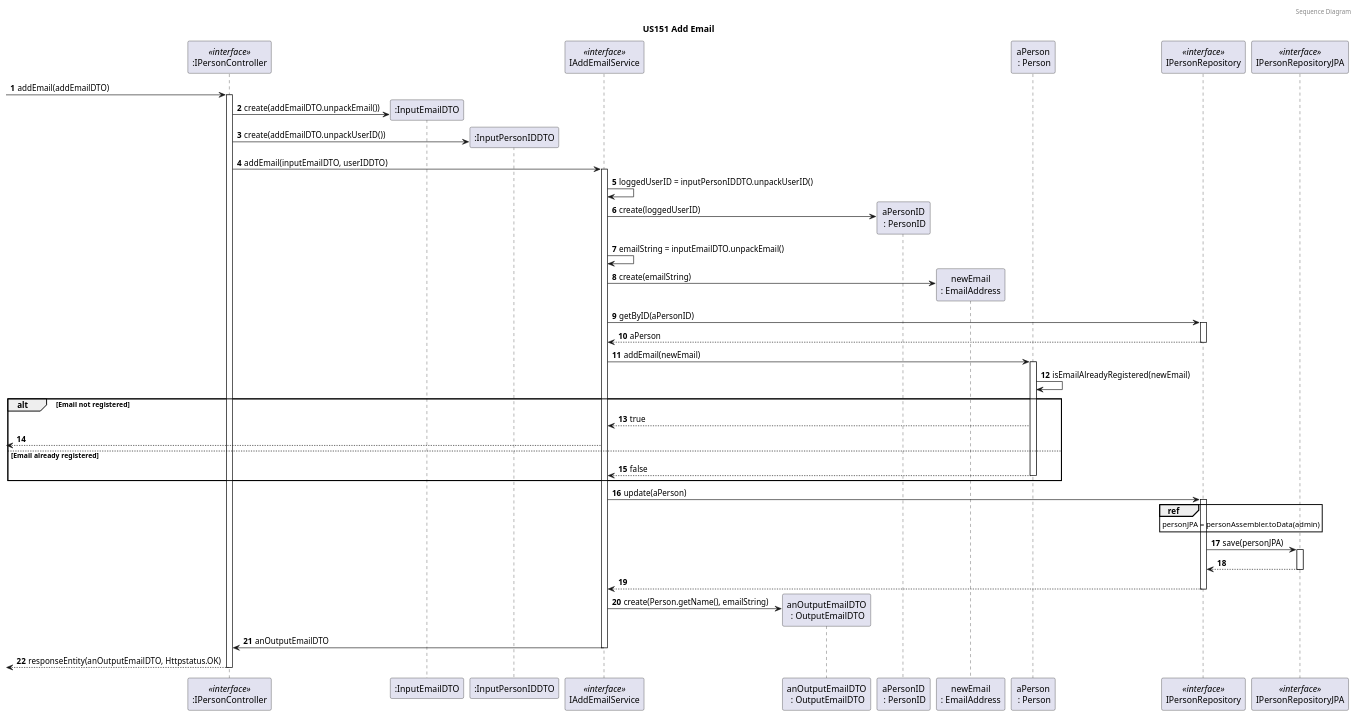
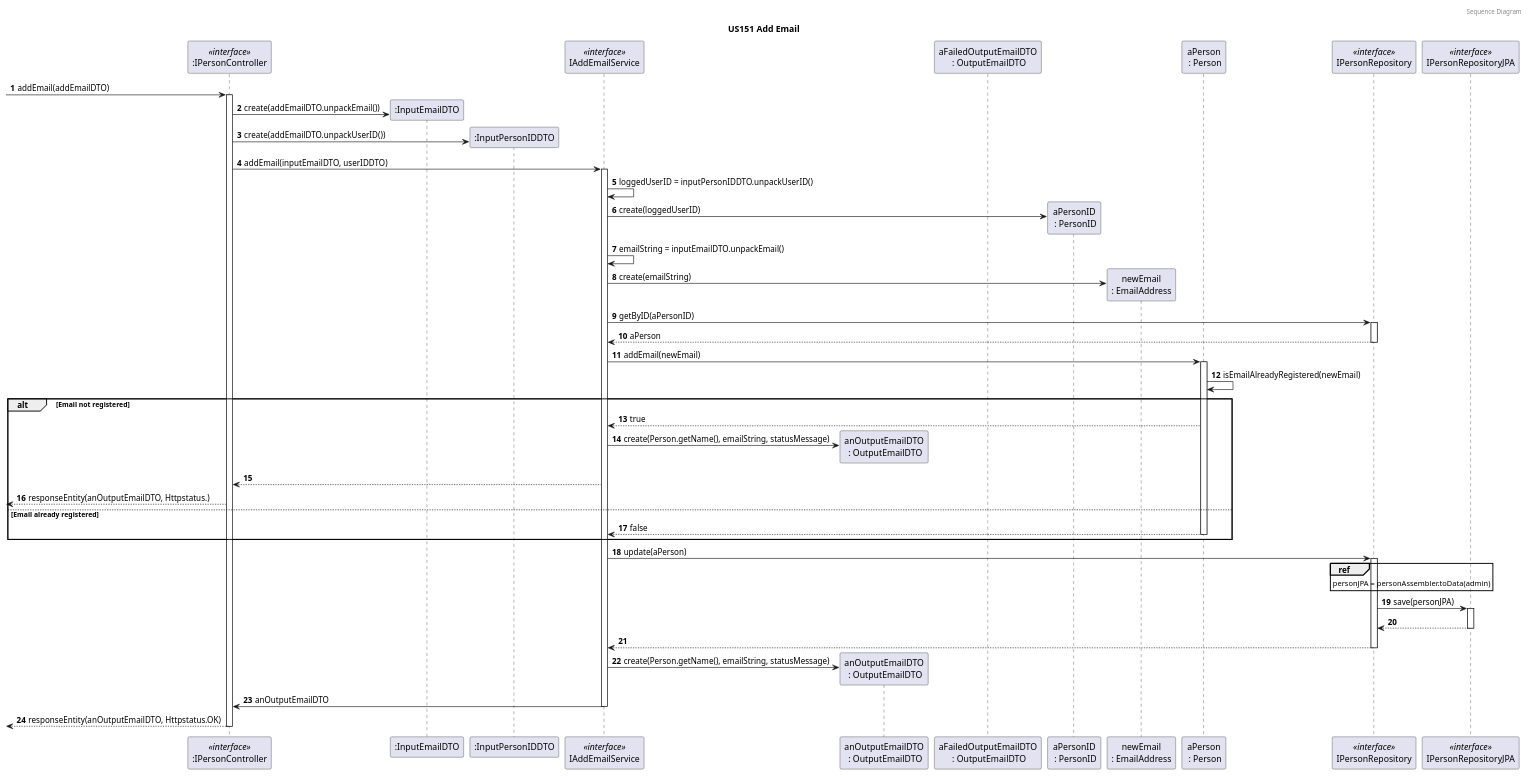
Before and after one commit to tomas-osswald/switch_2020_g3: the fourth of 4 diagrams in docs/sprint5/user_stories/US151_AddEmail.md, drawn with PlantUML. The commit also changed 2 other files, not shown here.

Commit message:
Updated Tests and changed US151 SD to send a status message to OutputEmailDTO in any case

`````diff
--- a/docs/sprint5/user_stories/US151_AddEmail.md
+++ b/docs/sprint5/user_stories/US151_AddEmail.md
@@ -207,76 +207,80 @@
 ````puml
 @startuml
 
 autonumber
 header Sequence Diagram
 title US151 Add Email
 
 participant ":IPersonController" as controller <<interface>>
 participant ":InputEmailDTO" as inputemail
 participant ":InputPersonIDDTO" as userdto
 
 participant "IAddEmailService" as service <<interface>>
 
 participant "anOutputEmailDTO\n : OutputEmailDTO" as output
+participant "aFailedOutputEmailDTO\n : OutputEmailDTO" as failoutput
 
 participant "aPersonID\n : PersonID" as personid
 participant "newEmail\n: EmailAddress" as email
 participant "aPerson\n : Person" as person
 participant "IPersonRepository" as personRepository <<interface>>
 participant "IPersonRepositoryJPA" as repoJPA <<interface>>
 
 -> controller : addEmail(addEmailDTO)
 activate controller
 controller -> inputemail** : create(addEmailDTO.unpackEmail())
 controller -> userdto** : create(addEmailDTO.unpackUserID())
 controller -> service : addEmail(inputEmailDTO, userIDDTO)
 activate service
 
 service -> service : loggedUserID = inputPersonIDDTO.unpackUserID()
 service -> personid** : create(loggedUserID)
 
 service -> service : emailString = inputEmailDTO.unpackEmail()
 service -> email** : create(emailString)
 
 
 service -> personRepository : getByID(aPersonID)
 deactivate email
 activate personRepository
 return aPerson
 
 service -> person: addEmail(newEmail)
 activate person
 person -> person: isEmailAlreadyRegistered(newEmail)
 
 alt Email not registered
 
 person --> service: true
-<-- service:
+service -> output** : create(Person.getName(), emailString, statusMessage)
+controller <-- service: 
+<-- controller : responseEntity(anOutputEmailDTO, Httpstatus.)
+
 
 else Email already registered
 
 person --> service: false
 deactivate person
 
 end
 
 service -> personRepository : update(aPerson)
 activate personRepository
 
 ref over personRepository
 personJPA = personAssembler.toData(admin)
 end ref
 personRepository -> repoJPA : save(personJPA)
 activate repoJPA
 return
 return
 
-service -> output** : create(Person.getName(), emailString)
+service -> output** : create(Person.getName(), emailString, statusMessage)
 service -> controller : anOutputEmailDTO
 deactivate service
 
 <-- controller : responseEntity(anOutputEmailDTO, Httpstatus.OK)
 deactivate controller
 
 @enduml
 ````
`````
